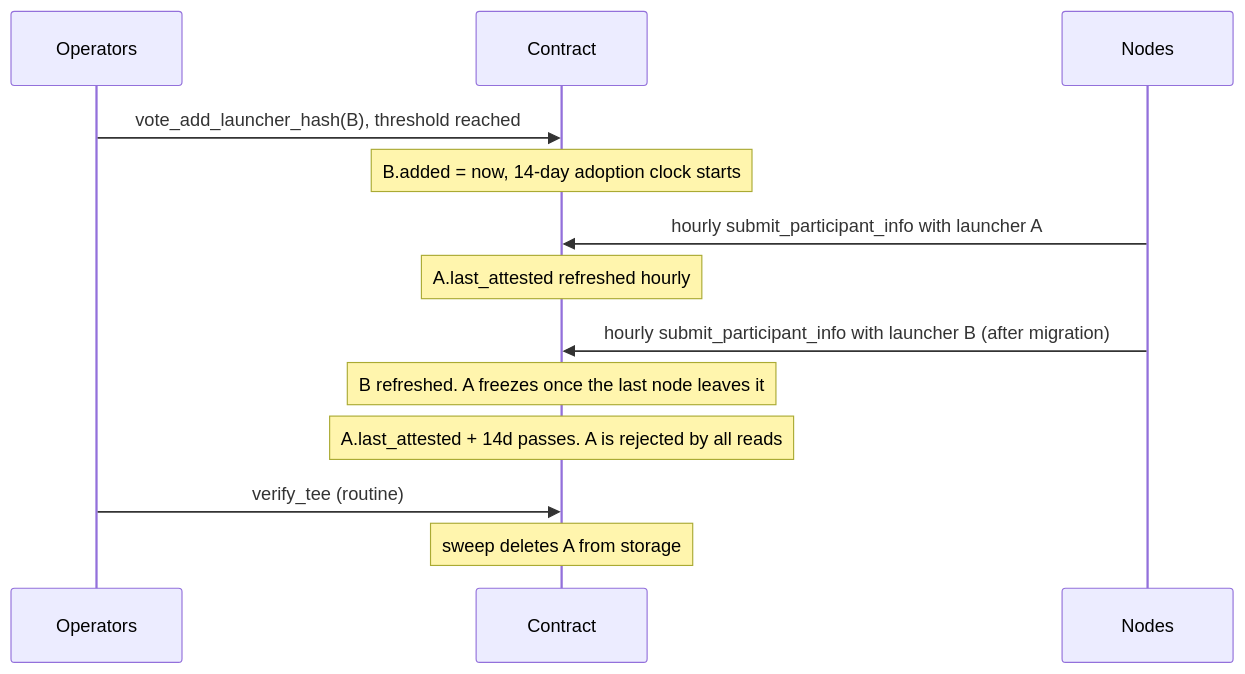
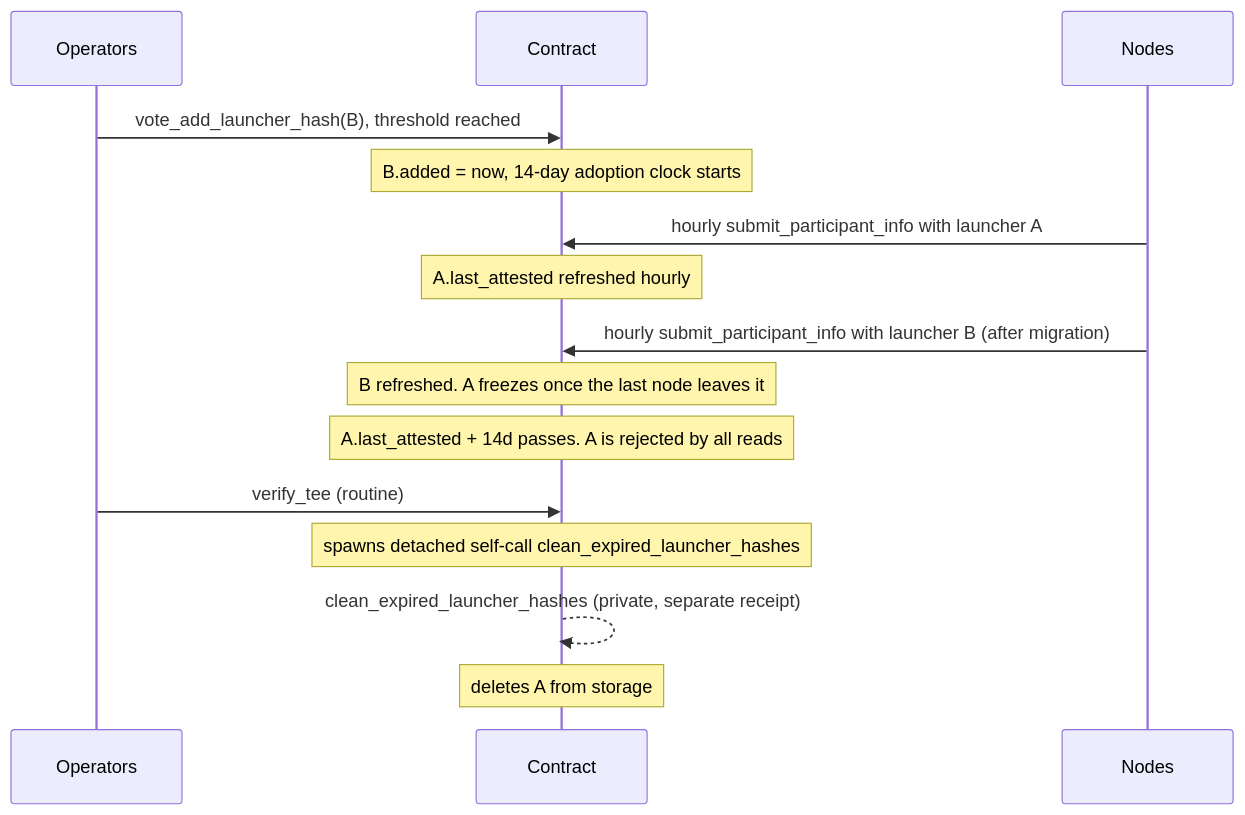
The diagram in docs/auto-remove-launcher-hashes-design.md (near/mpc), drawn with Mermaid before and after one commit. The commit also changed other lines of this file, not shown here.

First line of the commit message:
docs: use detached promise + private method for launcher hash cleanup

````diff
--- a/docs/auto-remove-launcher-hashes-design.md
+++ b/docs/auto-remove-launcher-hashes-design.md
@@ -77,16 +86,18 @@
 ```mermaid
 sequenceDiagram
     participant Ops as Operators
     participant C as Contract
     participant N as Nodes
 
     Ops->>C: vote_add_launcher_hash(B), threshold reached
     Note over C: B.added = now, 14-day adoption clock starts
     N->>C: hourly submit_participant_info with launcher A
     Note over C: A.last_attested refreshed hourly
     N->>C: hourly submit_participant_info with launcher B (after migration)
     Note over C: B refreshed. A freezes once the last node leaves it
     Note over C: A.last_attested + 14d passes. A is rejected by all reads
     Ops->>C: verify_tee (routine)
-    Note over C: sweep deletes A from storage
+    Note over C: spawns detached self-call clean_expired_launcher_hashes
+    C-->>C: clean_expired_launcher_hashes (private, separate receipt)
+    Note over C: deletes A from storage
 ```
````
